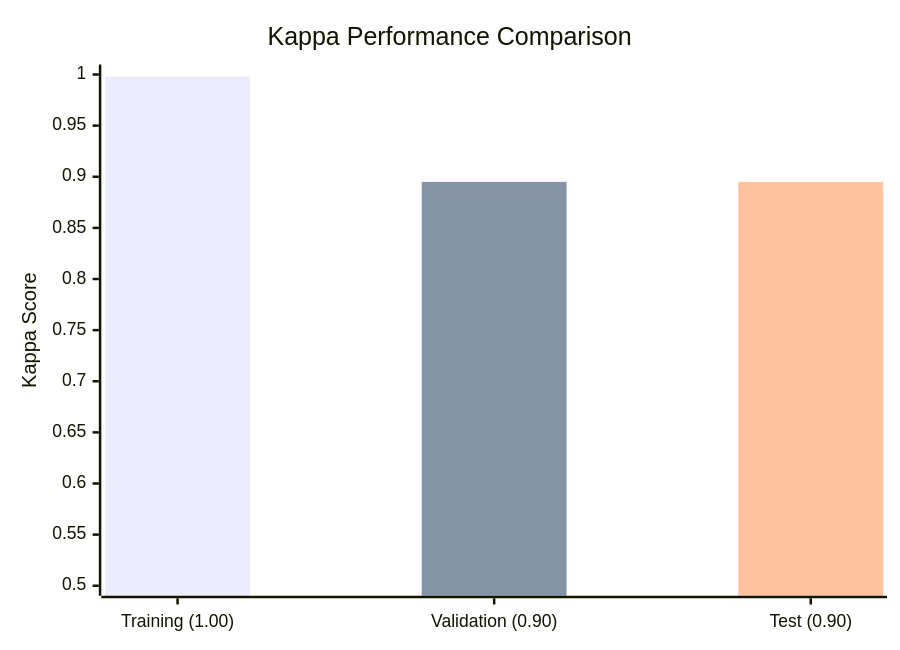
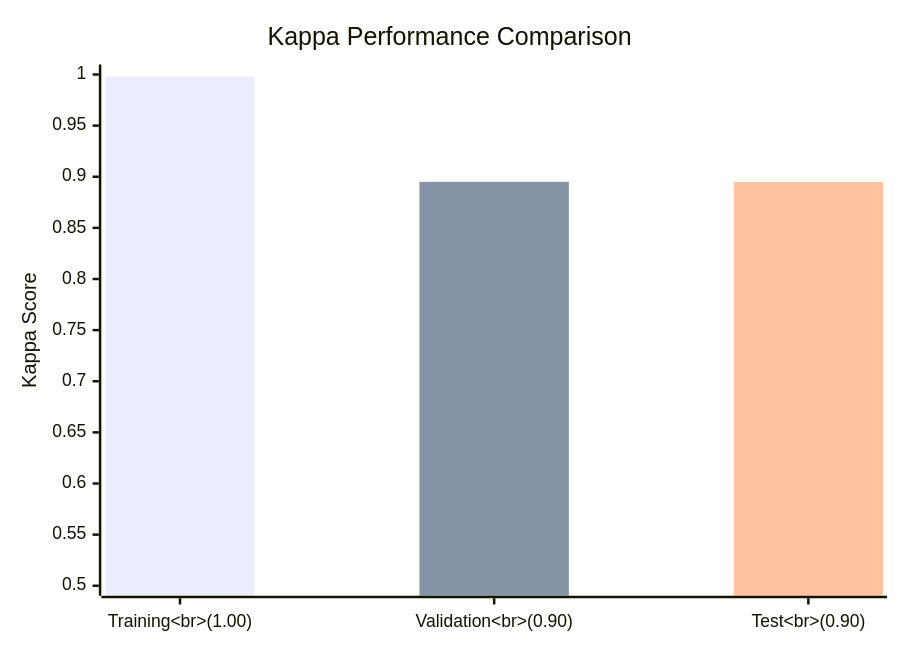
Before and after one commit to Daniel-Lachner-Piza/EEG_Characterizer_HFO: the second of 5 diagrams in README.md, drawn with Mermaid. The commit also changed other lines of this file, not shown here.

````diff
--- a/README.md
+++ b/README.md
@@ -53,9 +53,9 @@
 ```mermaid
 xychart-beta
     title "Kappa Performance Comparison"
-    x-axis ["Training (1.00)", "Validation (0.90)", "Test (0.90)"]
+    x-axis ["Training<br>(1.00)", "Validation<br>(0.90)", "Test<br>(0.90)"]
     y-axis "Kappa Score" 0.5 --> 1.0
     bar "Training (1.00)" [0.998, 0, 0]
     bar "Validation (0.90)" [0, 0.895, 0]
     bar "Test (0.90)" [0, 0, 0.895]
 ```
````
